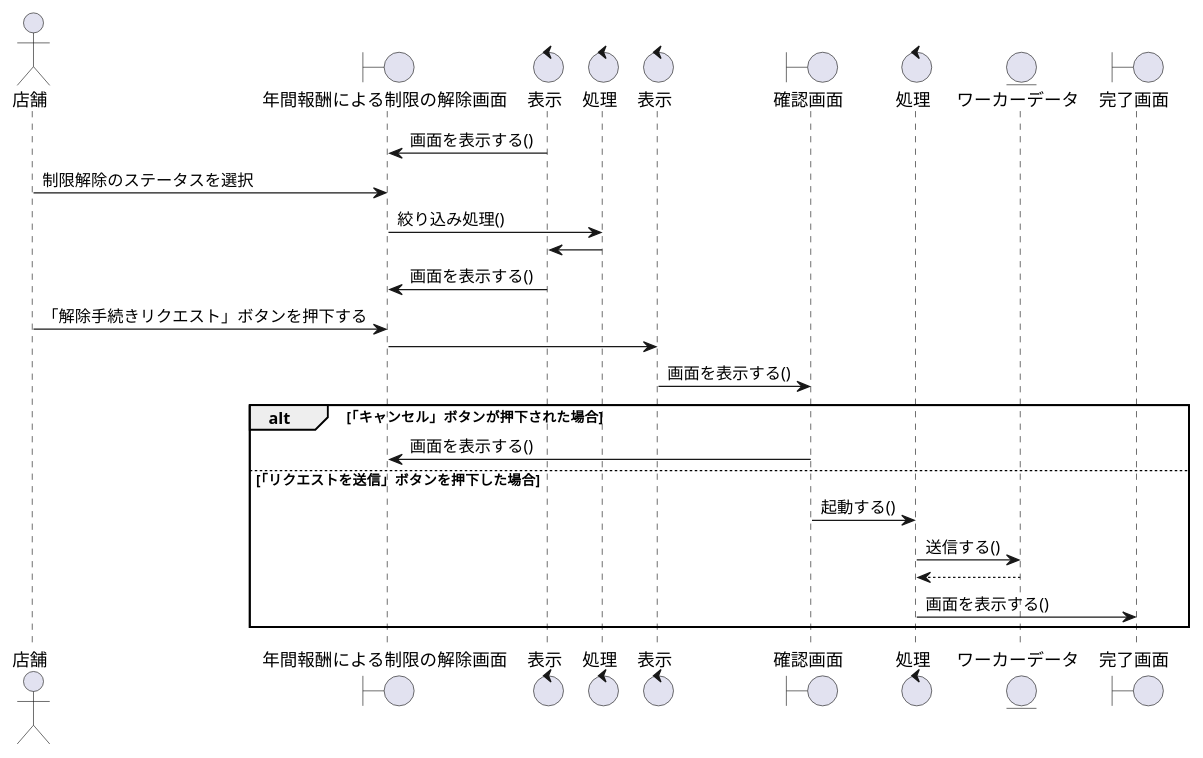
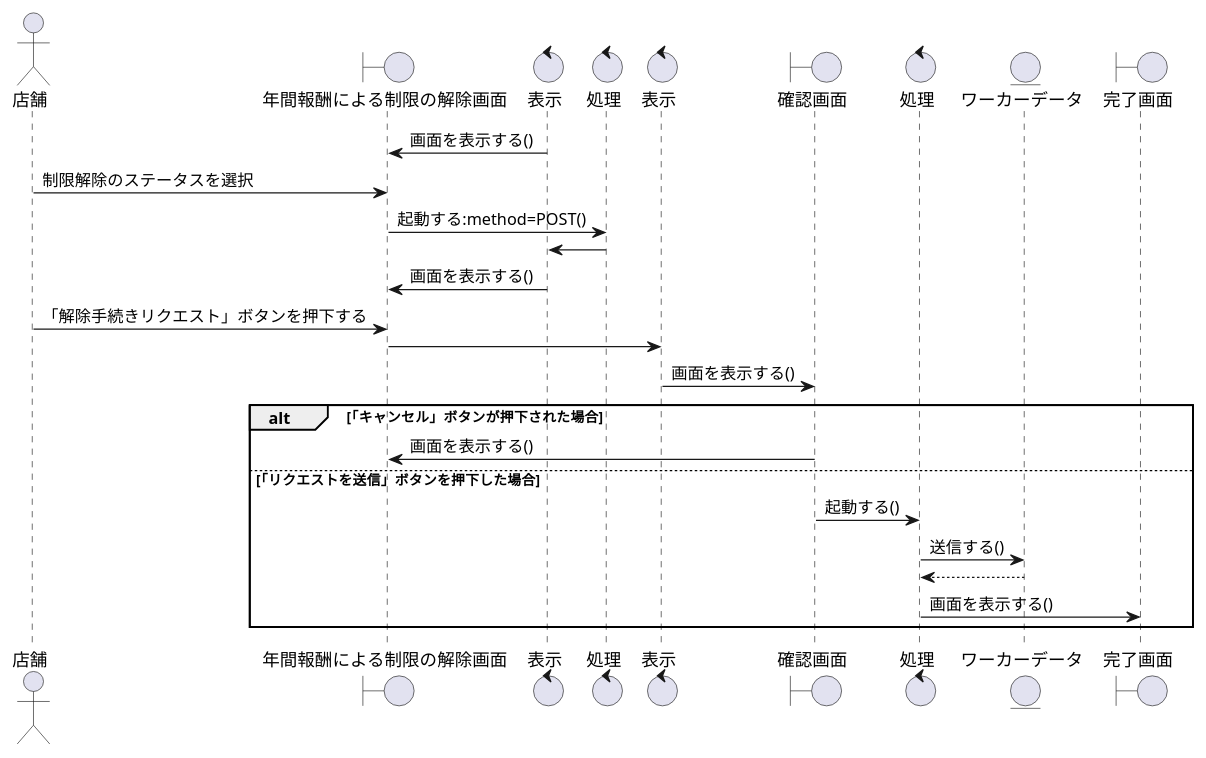
One commit to irukacb256/high_Me changed the diagram in sequence_fig/8_storeside_fn/08_年間報酬による制限の解除依頼をする.pu. Above: the diagram before and after it, drawn with PlantUML. The commit also changed 11 other files, not shown here.

```diff
--- a/sequence_fig/8_storeside_fn/08_年間報酬による制限の解除依頼をする.pu
+++ b/sequence_fig/8_storeside_fn/08_年間報酬による制限の解除依頼をする.pu
@@ -1,34 +1,32 @@
 @startuml 年間報酬による制限の解除依頼をする
 
 actor 店舗 as cp1
 boundary 年間報酬による制限の解除画面 as b1
 control 表示 as co1
 control 処理 as co2
 control 表示 as co3
 boundary 確認画面 as b2
 control 処理 as co4
-entity ワーカーデータ as e1
+entity ワーカーデータ as en1
 boundary 完了画面 as b3
 
 b1 <- co1 :画面を表示する()
 cp1 -> b1 :制限解除のステータスを選択
-b1 -> co2 :絞り込み処理()
+b1 -> co2 :起動する:method=POST()
 co1 <- co2
 b1 <- co1 :画面を表示する()
 cp1 -> b1 :「解除手続きリクエスト」ボタンを押下する
 b1 -> co3 
 co3 -> b2 :画面を表示する()
 
-    alt 「キャンセル」ボタンが押下された場合
-    b1 <- b2 :画面を表示する()
-    else 「リクエストを送信」ボタンを押下した場合
-    b2 -> co4 :起動する()
-    co4 -> e1 :送信する()
-    co4 <-- e1 
-    co4 -> b3 :画面を表示する()
-
-
+alt 「キャンセル」ボタンが押下された場合
+b1 <- b2 :画面を表示する()
+else 「リクエストを送信」ボタンを押下した場合
+b2 -> co4 :起動する()
+co4 -> en1 :送信する()
+co4 <-- en1 
+co4 -> b3 :画面を表示する()
 
 end
 
 @enduml
```
